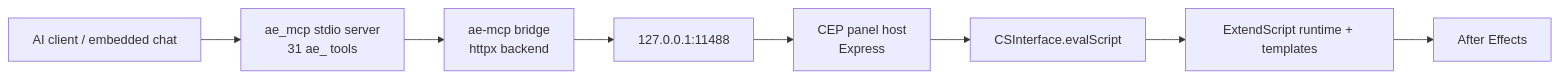
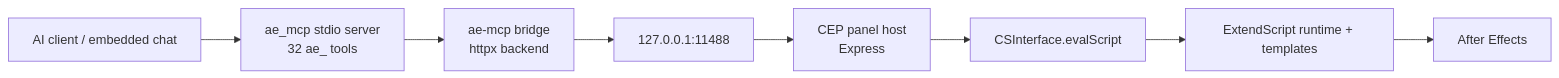
The first of 4 diagrams in docs/WORKFLOW.md (JUNKDOGE-JOE/after-effects-mcp), drawn with Mermaid before and after one commit. The commit also changed other lines of this file and 83 other files, not shown here.

````diff
--- a/docs/WORKFLOW.md
+++ b/docs/WORKFLOW.md
@@ -19,10 +19,10 @@
 ```mermaid
 flowchart LR
-    A["AI client / embedded chat"] --> B["ae_mcp stdio server<br/>31 ae_ tools"]
+    A["AI client / embedded chat"] --> B["ae_mcp stdio server<br/>32 ae_ tools"]
     B --> C["ae-mcp bridge<br/>httpx backend"]
     C --> D["127.0.0.1:11488"]
     D --> E["CEP panel host<br/>Express"]
     E --> F["CSInterface.evalScript"]
     F --> G["ExtendScript runtime + templates"]
     G --> H["After Effects"]
 ```
````
